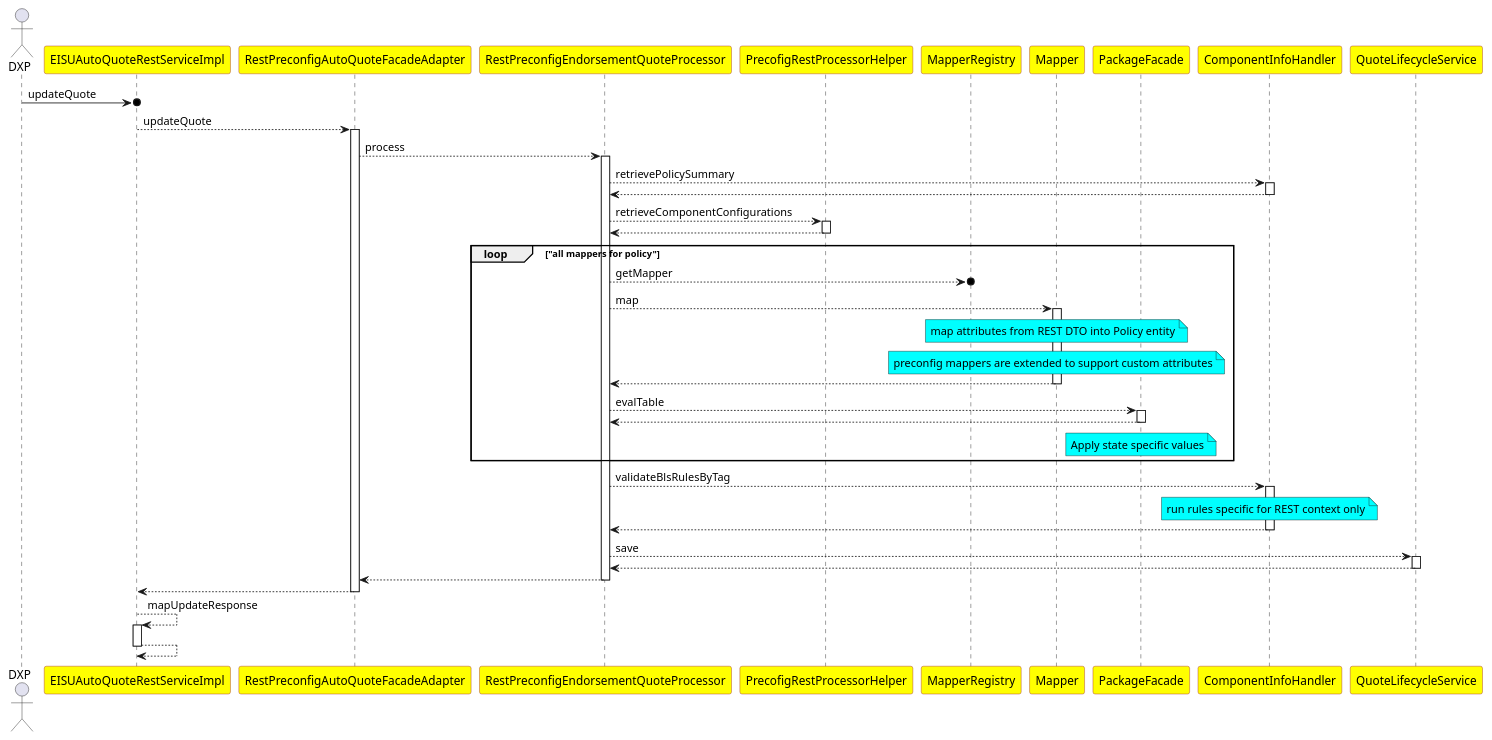
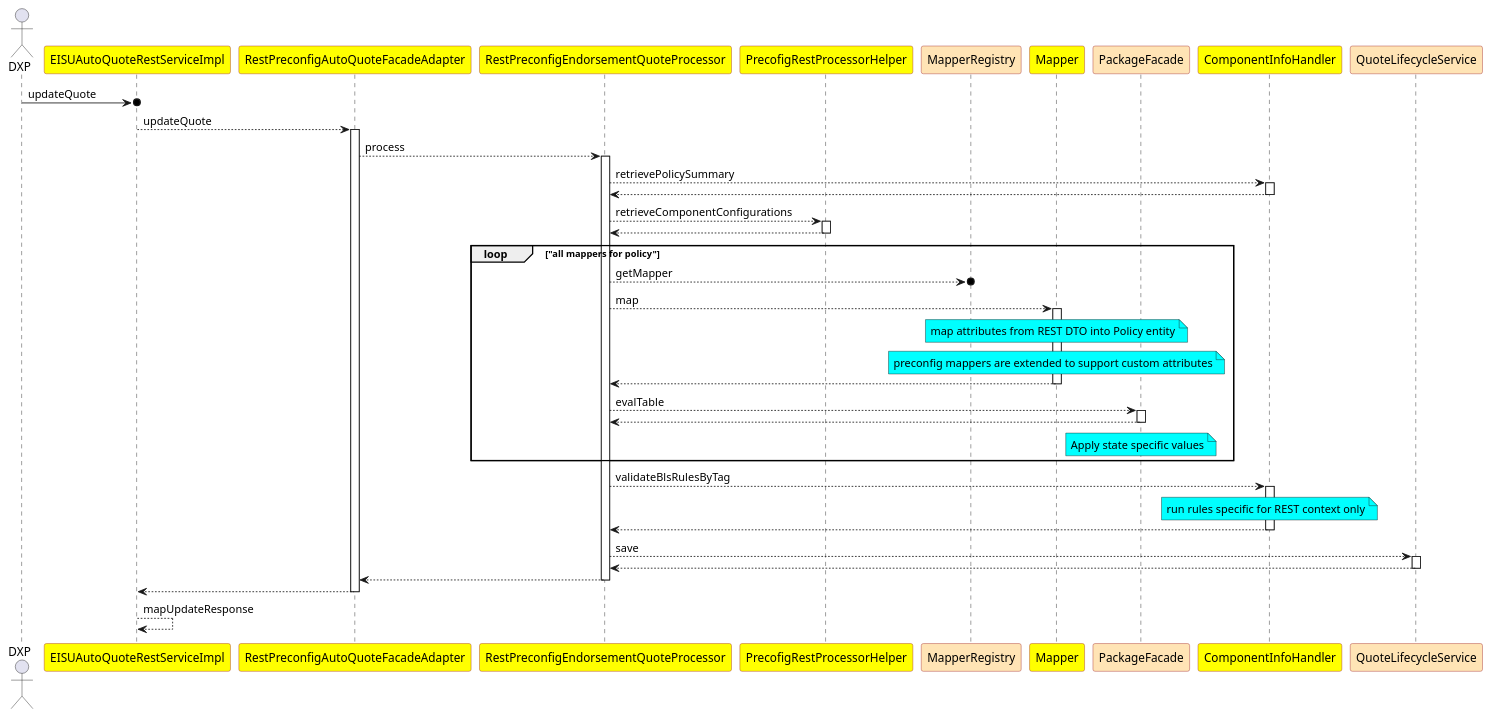
The diagram in qq-sequence-update.puml (evgueni-spb/bootcamp), drawn with PlantUML before and after one commit. The commit also changed 5 other files, not shown here.

Commit message:
added qq sequence issue diagram

```diff
--- a/qq-sequence-update.puml
+++ b/qq-sequence-update.puml
@@ -1,51 +1,51 @@
 @startuml
 
 skinparam  participant {
   BackgroundColor yellow
   BorderColor brown
 }
 
 actor DXP
 
 participant EISUAutoQuoteRestServiceImpl
 participant RestPreconfigAutoQuoteFacadeAdapter
 participant RestPreconfigEndorsementQuoteProcessor
 participant PrecofigRestProcessorHelper
-participant MapperRegistry
+participant MapperRegistry #moccasin
 participant Mapper
-participant PackageFacade
+participant PackageFacade #moccasin
 participant ComponentInfoHandler
-participant QuoteLifecycleService
+participant QuoteLifecycleService #moccasin
 
 
 
 DXP ->o EISUAutoQuoteRestServiceImpl:updateQuote
 EISUAutoQuoteRestServiceImpl --> RestPreconfigAutoQuoteFacadeAdapter ++: updateQuote
 RestPreconfigAutoQuoteFacadeAdapter --> RestPreconfigEndorsementQuoteProcessor ++: process
 RestPreconfigEndorsementQuoteProcessor --> ComponentInfoHandler ++ :retrievePolicySummary
 return
 RestPreconfigEndorsementQuoteProcessor --> PrecofigRestProcessorHelper ++:retrieveComponentConfigurations
 return
 loop "all mappers for policy"
 RestPreconfigEndorsementQuoteProcessor -->o MapperRegistry:getMapper
 RestPreconfigEndorsementQuoteProcessor --> Mapper ++:map
 note over Mapper #aqua: map attributes from REST DTO into Policy entity
 note over Mapper #aqua: preconfig mappers are extended to support custom attributes
 return
 RestPreconfigEndorsementQuoteProcessor --> PackageFacade ++:evalTable
 return
 note over PackageFacade #aqua: Apply state specific values
 end
 RestPreconfigEndorsementQuoteProcessor --> ComponentInfoHandler ++: validateBlsRulesByTag
 note over ComponentInfoHandler #aqua: run rules specific for REST context only
 return
 RestPreconfigEndorsementQuoteProcessor --> QuoteLifecycleService ++:save
 return
 return
 return
-EISUAutoQuoteRestServiceImpl --> EISUAutoQuoteRestServiceImpl ++:mapUpdateResponse
-return
+EISUAutoQuoteRestServiceImpl --> EISUAutoQuoteRestServiceImpl :mapUpdateResponse
+
 
 
 
 @enduml
```
